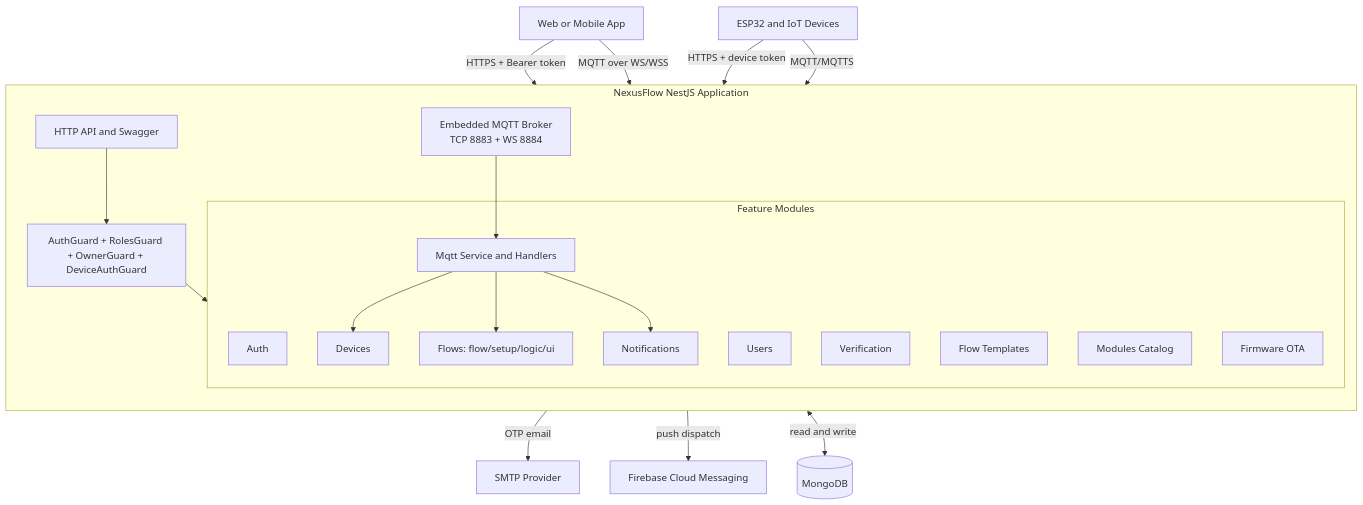
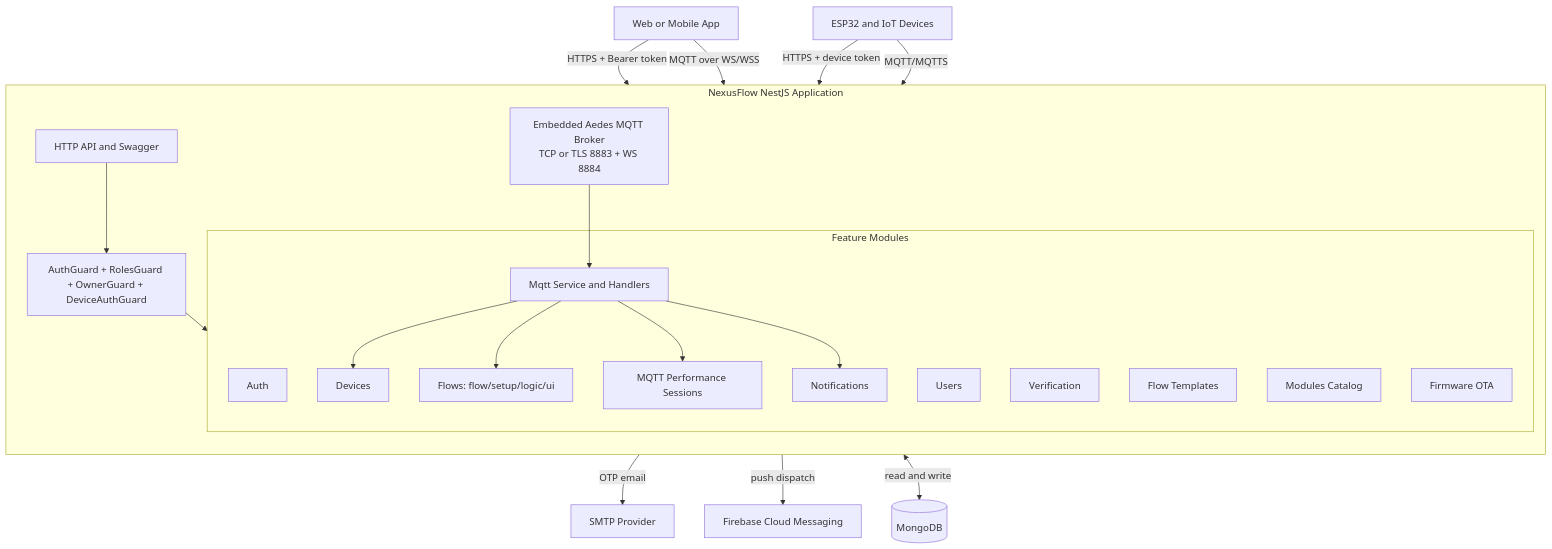
Before and after one commit to ahmed-atef-gad/nexusflow-backend: the first of 8 diagrams in docs/arch.md, drawn with Mermaid. The commit also changed other lines of this file, not shown here.

Commit message:
feat: enhance architecture documentation with Aedes MQTT broker details and performance session integration

````diff
--- a/docs/arch.md
+++ b/docs/arch.md
@@ -5,46 +5,48 @@
 ```mermaid
 graph TD
     Web[Web or Mobile App]
     IoT[ESP32 and IoT Devices]
     SMTP[SMTP Provider]
     FCM[Firebase Cloud Messaging]
     DB[(MongoDB)]
 
     subgraph API[NexusFlow NestJS Application]
         direction TB
 
         REST[HTTP API and Swagger]
-        Broker[Embedded MQTT Broker<br/>TCP 8883 + WS 8884]
+        Broker[Embedded Aedes MQTT Broker<br/>TCP or TLS 8883 + WS 8884]
         Guards[AuthGuard + RolesGuard + OwnerGuard + DeviceAuthGuard]
 
         subgraph Modules[Feature Modules]
             Auth[Auth]
             Users[Users]
             Verification[Verification]
             Devices[Devices]
             Flows[Flows: flow/setup/logic/ui]
             Templates[Flow Templates]
             Catalog[Modules Catalog]
             Firmware[Firmware OTA]
             Mqtt[Mqtt Service and Handlers]
+            Perf[MQTT Performance Sessions]
             Notifications[Notifications]
         end
     end
 
     Web -->|HTTPS + Bearer token| REST
     IoT -->|HTTPS + device token| REST
     IoT -->|MQTT/MQTTS| Broker
     Web -->|MQTT over WS/WSS| Broker
 
     REST --> Guards
     Guards --> Modules
 
     Verification -->|OTP email| SMTP
     Notifications -->|push dispatch| FCM
     Modules <-->|read and write| DB
 
     Broker --> Mqtt
     Mqtt --> Devices
     Mqtt --> Flows
+    Mqtt --> Perf
     Mqtt --> Notifications
 ```
````
